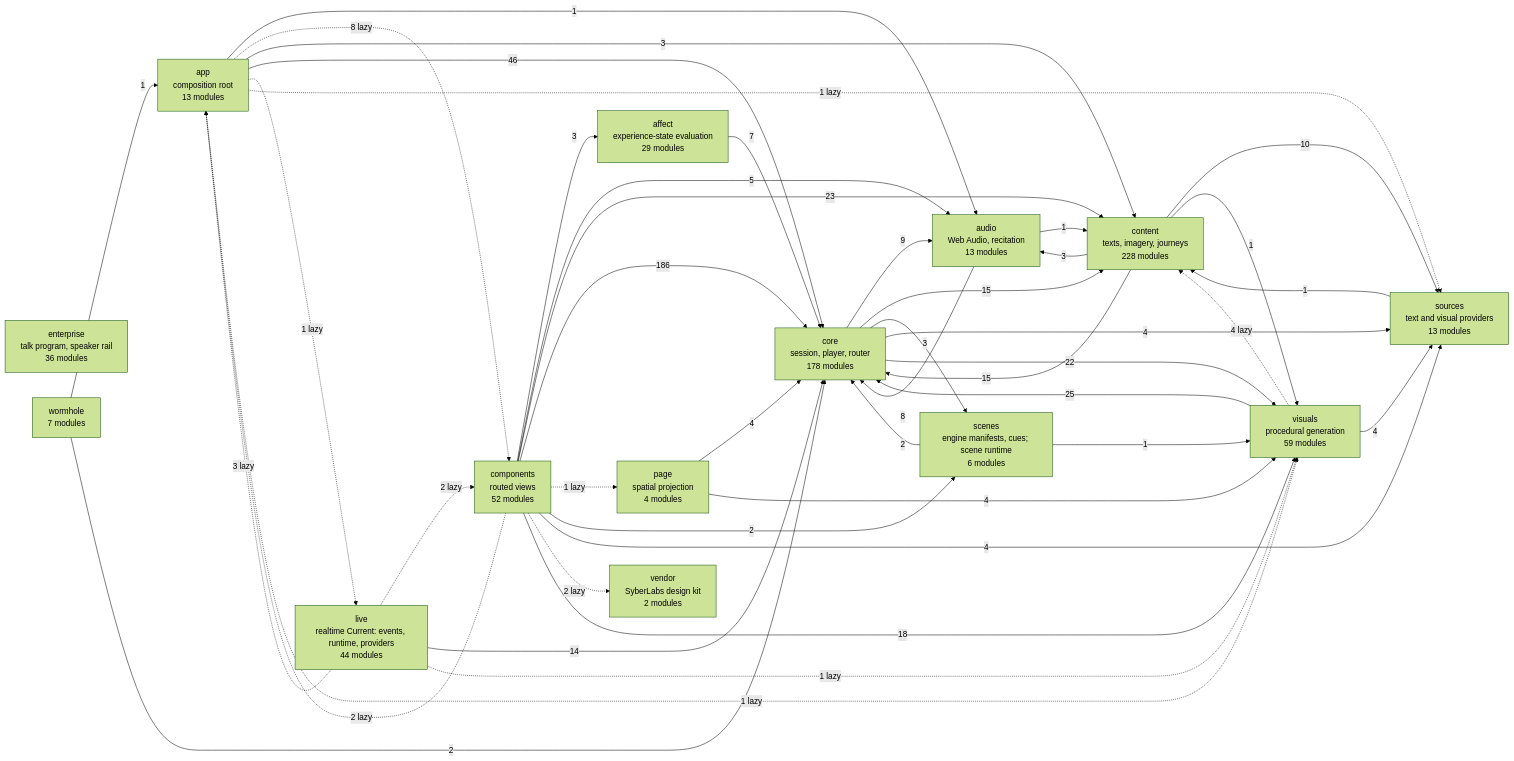
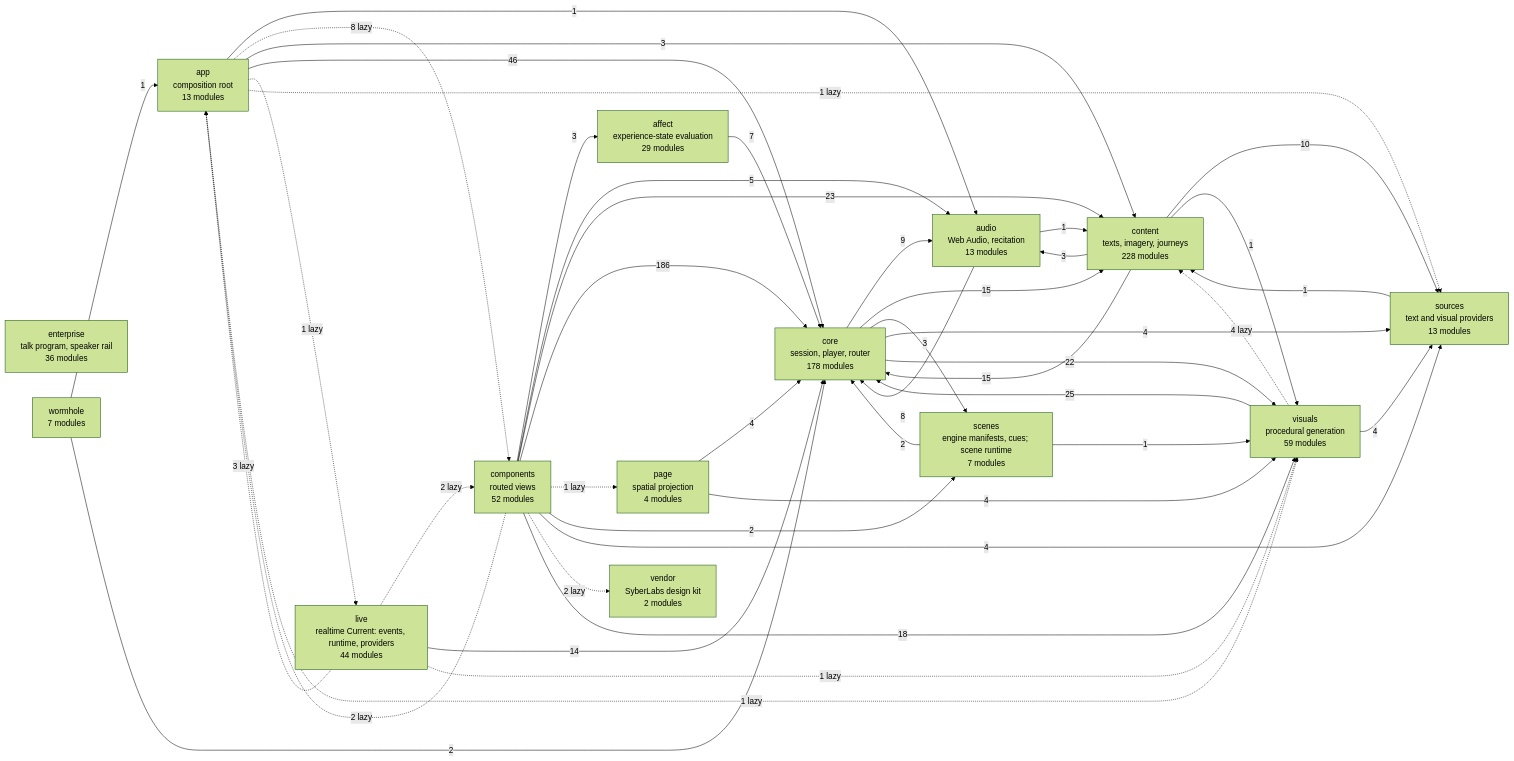
One commit to SyberLabs/RISE changed the diagram in docs/specs/ARCHITECTURE.md. Above: the diagram before and after it, drawn with Mermaid (forest theme).

Commit message:
CC-006: the diagram counts the shared scene bans

````diff
--- a/docs/specs/ARCHITECTURE.md
+++ b/docs/specs/ARCHITECTURE.md
@@ -154,61 +154,61 @@
 ```mermaid
 flowchart LR
     affect["affect<br/>experience-state evaluation<br/>29 modules"]
     app["app<br/>composition root<br/>13 modules"]
     audio["audio<br/>Web Audio, recitation<br/>13 modules"]
     components["components<br/>routed views<br/>52 modules"]
     content["content<br/>texts, imagery, journeys<br/>228 modules"]
     core["core<br/>session, player, router<br/>178 modules"]
     enterprise["enterprise<br/>talk program, speaker rail<br/>36 modules"]
     live["live<br/>realtime Current: events, runtime, providers<br/>44 modules"]
     page["page<br/>spatial projection<br/>4 modules"]
-    scenes["scenes<br/>engine manifests, cues; scene runtime<br/>6 modules"]
+    scenes["scenes<br/>engine manifests, cues; scene runtime<br/>7 modules"]
     sources["sources<br/>text and visual providers<br/>13 modules"]
     vendor["vendor<br/>SyberLabs design kit<br/>2 modules"]
     visuals["visuals<br/>procedural generation<br/>59 modules"]
     wormhole["wormhole<br/>7 modules"]
 
     affect --> |7| core
     app --> |1| audio
     app -.-> |8 lazy| components
     app --> |3| content
     app --> |46| core
     app -.-> |1 lazy| live
     app -.-> |1 lazy| sources
     app -.-> |1 lazy| visuals
     audio --> |1| content
     audio --> |8| core
     components --> |3| affect
     components -.-> |2 lazy| app
     components --> |5| audio
     components --> |23| content
     components --> |186| core
     components -.-> |1 lazy| page
     components --> |2| scenes
     components --> |4| sources
     components -.-> |2 lazy| vendor
     components --> |18| visuals
     content --> |3| audio
     content --> |15| core
     content --> |10| sources
     content --> |1| visuals
     core --> |9| audio
     core --> |15| content
     core --> |3| scenes
     core --> |4| sources
     core --> |22| visuals
     live -.-> |3 lazy| app
     live -.-> |2 lazy| components
     live --> |14| core
     live -.-> |1 lazy| visuals
     page --> |4| core
     page --> |4| visuals
     scenes --> |2| core
     scenes --> |1| visuals
     sources --> |1| content
     visuals -.-> |4 lazy| content
     visuals --> |25| core
     visuals --> |4| sources
     wormhole --> |1| app
     wormhole --> |2| core
 ```
````
